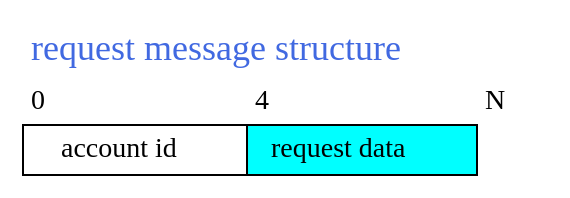
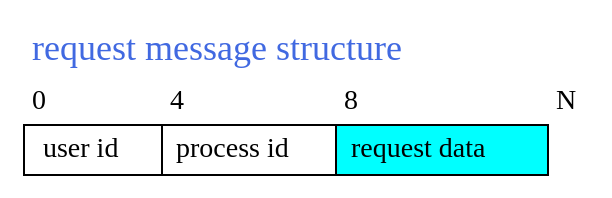
Before and after one commit to fufesou/PengGe: the diagram in AccountManagement/doc/design/images/request_structure.dot, drawn with Graphviz. The commit also changed 16 other files, not shown here.

```diff
--- a/AccountManagement/doc/design/images/request_structure.dot
+++ b/AccountManagement/doc/design/images/request_structure.dot
@@ -1,14 +1,16 @@
 digraph request_structure {
 	rs [shape=none, margin=0, label=<
 		<TABLE BORDER="0" CELLBORDER="1" CELLSPACING="0" CELLPADDING="4">
 		<TR><TD COLSPAN="16" BORDER="0"><FONT COLOR="royalblue" POINT-SIZE="18.0"> request message structure </FONT></TD>
 		</TR>
-		<TR><TD COLSPAN="4" BORDER = "0" ALIGN="LEFT">0 </TD>
-			<TD COLSPAN="8" BORDER = "0" ALIGN="LEFT">4 </TD>
+		<TR><TD COLSPAN="4" BORDER = "0" ALIGN="LEFT">0</TD>
+			<TD COLSPAN="4" BORDER = "0" ALIGN="LEFT">4</TD>
+			<TD COLSPAN="8" BORDER = "0" ALIGN="LEFT">8</TD>
 			<TD BORDER="0" ALIGN="LEFT">N</TD>
 		</TR>
-		<TR><TD COLSPAN="4">account id</TD>
+		<TR><TD COLSPAN="4">user id</TD>
+			<TD COLSPAN="4">process id</TD>
 			<TD COLSPAN="8" BGCOLOR="cyan" PORT="TheData">request data</TD>
 		</TR>
 		</TABLE>>];
 }
```
